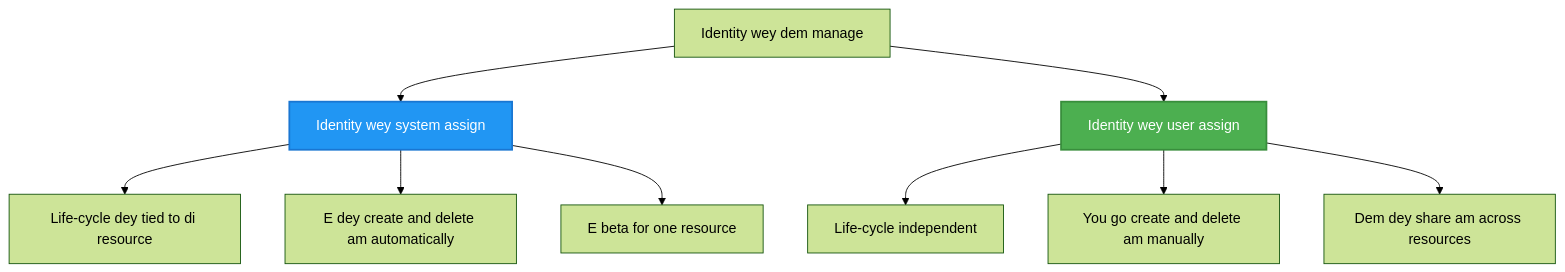
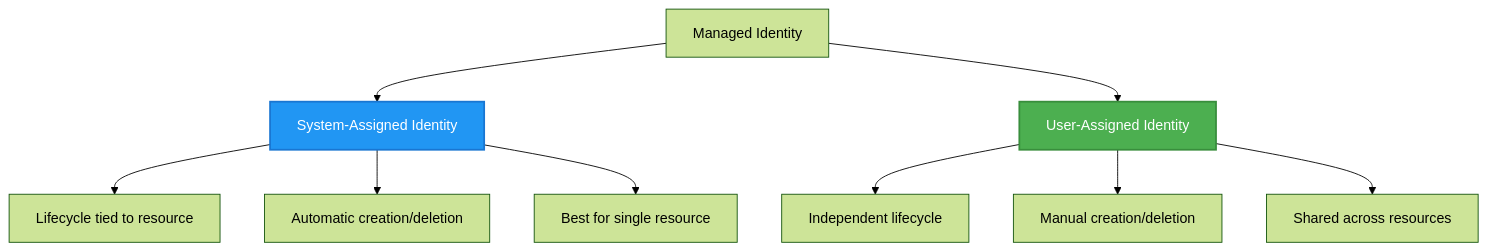
The second of 2 diagrams in translations/pcm/docs/chapter-03-configuration/authsecurity.md (microsoft/AZD-for-beginners), drawn with Mermaid (forest theme) before and after one commit. The commit also changed other lines of this file and 135 other files, not shown here.

````diff
--- a/translations/pcm/docs/chapter-03-configuration/authsecurity.md
+++ b/translations/pcm/docs/chapter-03-configuration/authsecurity.md
@@ -98,20 +100,20 @@
 ```mermaid
 graph TB
-    MI[Identity wey dem manage]
-    SystemAssigned[Identity wey system assign]
-    UserAssigned[Identity wey user assign]
+    MI[Managed Identity]
+    SystemAssigned[System-Assigned Identity]
+    UserAssigned[User-Assigned Identity]
     
     MI --> SystemAssigned
     MI --> UserAssigned
     
-    SystemAssigned --> SA1[Life-cycle dey tied to di resource]
-    SystemAssigned --> SA2[E dey create and delete am automatically]
-    SystemAssigned --> SA3[E beta for one resource]
+    SystemAssigned --> SA1[Lifecycle tied to resource]
+    SystemAssigned --> SA2[Automatic creation/deletion]
+    SystemAssigned --> SA3[Best for single resource]
     
-    UserAssigned --> UA1[Life-cycle independent]
-    UserAssigned --> UA2[You go create and delete am manually]
-    UserAssigned --> UA3[Dem dey share am across resources]
+    UserAssigned --> UA1[Independent lifecycle]
+    UserAssigned --> UA2[Manual creation/deletion]
+    UserAssigned --> UA3[Shared across resources]
     
     style SystemAssigned fill:#2196F3,stroke:#1976D2,stroke-width:2px,color:#fff
     style UserAssigned fill:#4CAF50,stroke:#388E3C,stroke-width:2px,color:#fff
 ```
````
